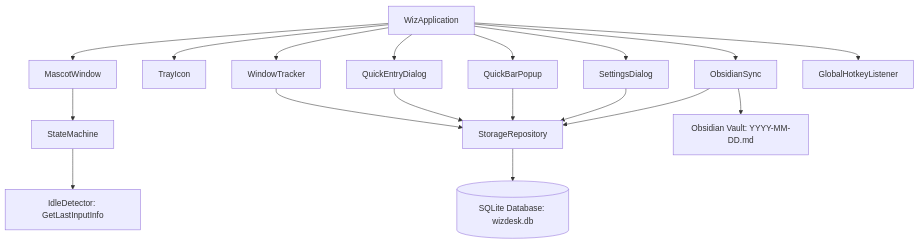
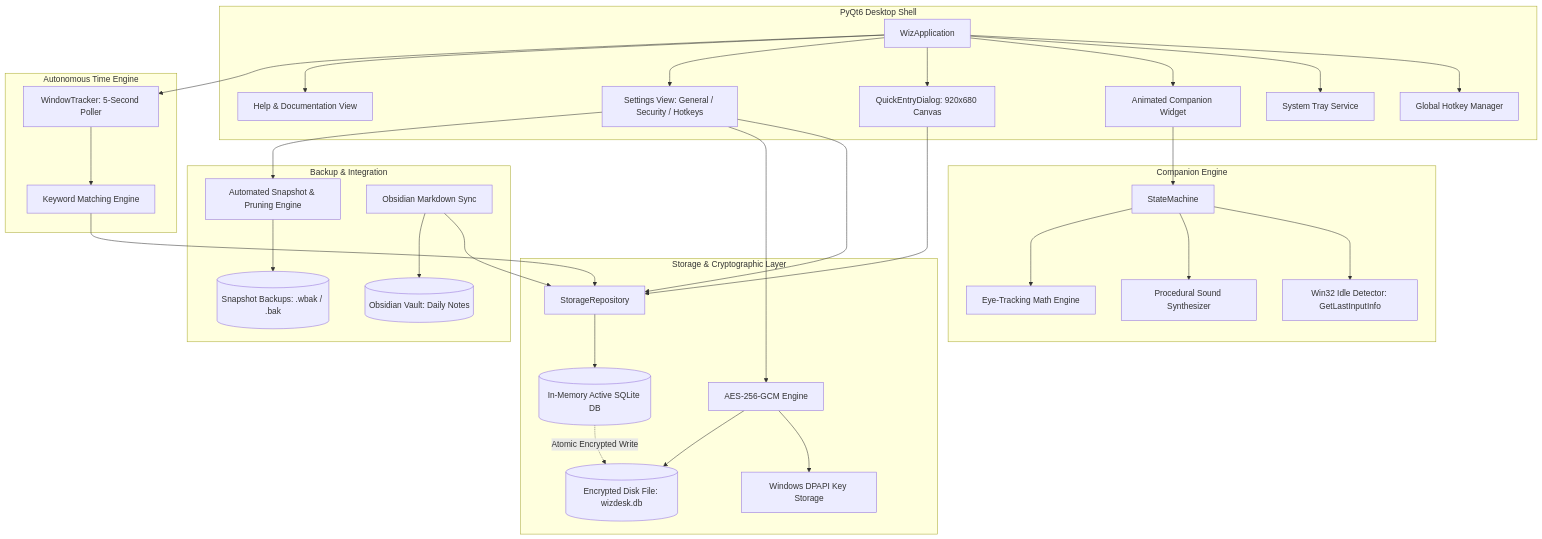
Before and after one commit to Lukog10/WizDesk: the first of 2 diagrams in README.md, drawn with Mermaid. The commit also changed other lines of this file and 2 other files, not shown here.

Commit message:
docs: overhaul README with architecture, workflow, security, and preview screenshots

````diff
--- a/README.md
+++ b/README.md
@@ -155,23 +52,69 @@
 ```mermaid
 graph TD
-    A[WizApplication] --> B[MascotWindow]
-    A --> C[TrayIcon]
-    A --> D[QuickEntryDialog]
-    A --> E[QuickBarPopup]
-    A --> F[SettingsDialog]
-    
-    A --> G[WindowTracker]
-    A --> H[ObsidianSync]
-    A --> I[GlobalHotkeyListener]
-    
-    B --> J[StateMachine]
-    J --> K[IdleDetector: GetLastInputInfo]
-    G --> L[StorageRepository]
-    D --> L
-    E --> L
-    F --> L
-    H --> L
-    
-    L --> M[(SQLite Database: wizdesk.db)]
-    H --> N[Obsidian Vault: YYYY-MM-DD.md]
+    subgraph UI_Shell [PyQt6 Desktop Shell]
+        APP[WizApplication]
+        TRAY[System Tray Service]
+        HOTKEY[Global Hotkey Manager]
+        MASCOT[Animated Companion Widget]
+        WORKSPACE[QuickEntryDialog: 920x680 Canvas]
+        SETTINGS[Settings View: General / Security / Hotkeys]
+        DOCS[Help & Documentation View]
+    end
+
+    subgraph Companion_Engine [Companion Engine]
+        SM[StateMachine]
+        IDLE[Win32 Idle Detector: GetLastInputInfo]
+        AUDIO[Procedural Sound Synthesizer]
+        PUPIL[Eye-Tracking Math Engine]
+    end
+
+    subgraph Tracking_Engine [Autonomous Time Engine]
+        TRACKER[WindowTracker: 5-Second Poller]
+        RULES[Keyword Matching Engine]
+    end
+
+    subgraph Storage_Crypto [Storage & Cryptographic Layer]
+        CRYPTO[AES-256-GCM Engine]
+        DPAPI[Windows DPAPI Key Storage]
+        REPO[StorageRepository]
+        MEMDB[(In-Memory Active SQLite DB)]
+        DISKDB[(Encrypted Disk File: wizdesk.db)]
+    end
+
+    subgraph Backup_Sync [Backup & Integration]
+        BACKUP[Automated Snapshot & Pruning Engine]
+        OBSIDIAN[Obsidian Markdown Sync]
+        VAULT[(Obsidian Vault: Daily Notes)]
+        BAKFILES[(Snapshot Backups: .wbak / .bak)]
+    end
+
+    APP --> HOTKEY
+    APP --> TRAY
+    APP --> MASCOT
+    APP --> WORKSPACE
+    APP --> SETTINGS
+    APP --> DOCS
+
+    MASCOT --> SM
+    SM --> IDLE
+    SM --> AUDIO
+    SM --> PUPIL
+
+    APP --> TRACKER
+    TRACKER --> RULES
+    RULES --> REPO
+
+    WORKSPACE --> REPO
+    SETTINGS --> REPO
+    SETTINGS --> CRYPTO
+    SETTINGS --> BACKUP
+
+    REPO --> MEMDB
+    CRYPTO --> DPAPI
+    CRYPTO --> DISKDB
+    MEMDB -.->|Atomic Encrypted Write| DISKDB
+
+    BACKUP --> BAKFILES
+    OBSIDIAN --> REPO
+    OBSIDIAN --> VAULT
 ```
````
